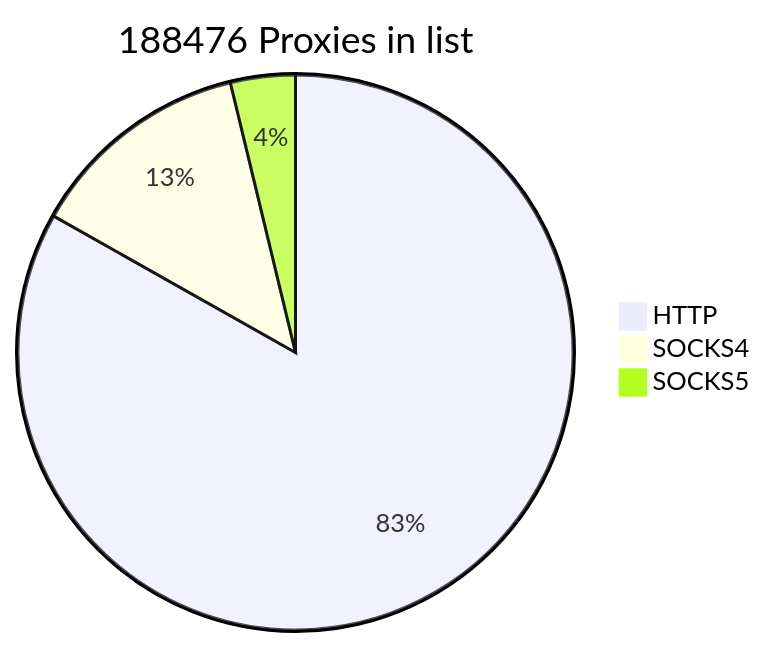
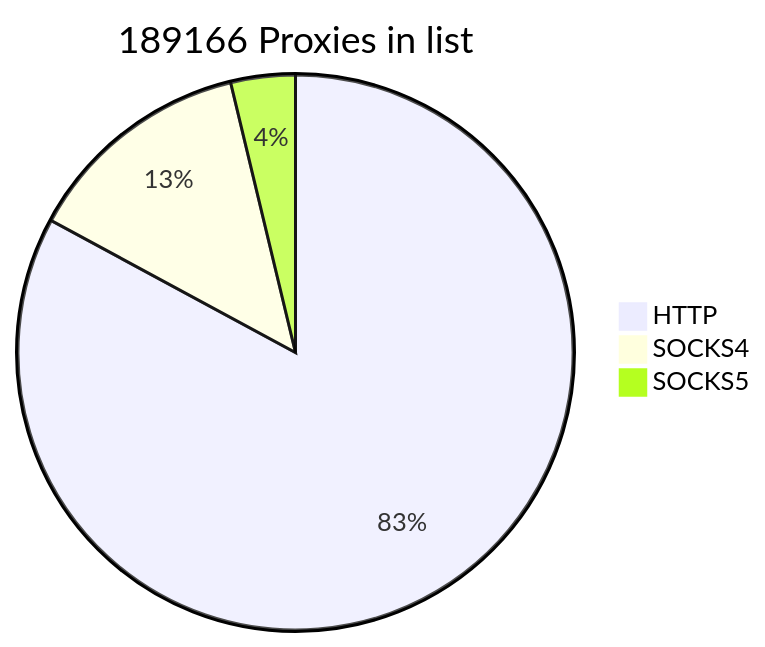
The first of 2 diagrams in README.md (cutipu/proxylist), drawn with Mermaid before and after one commit. The commit also changed other lines of this file, not shown here.

````diff
--- a/README.md
+++ b/README.md
@@ -2,7 +2,7 @@
 ```mermaid
-pie title 188476 Proxies in list
-    "HTTP" : 156765
-    "SOCKS4" : 24608
-    "SOCKS5" : 7103
+pie title 189166 Proxies in list
+    "HTTP" : 156789
+    "SOCKS4" : 25276
+    "SOCKS5" : 7101
             
 ```
````
